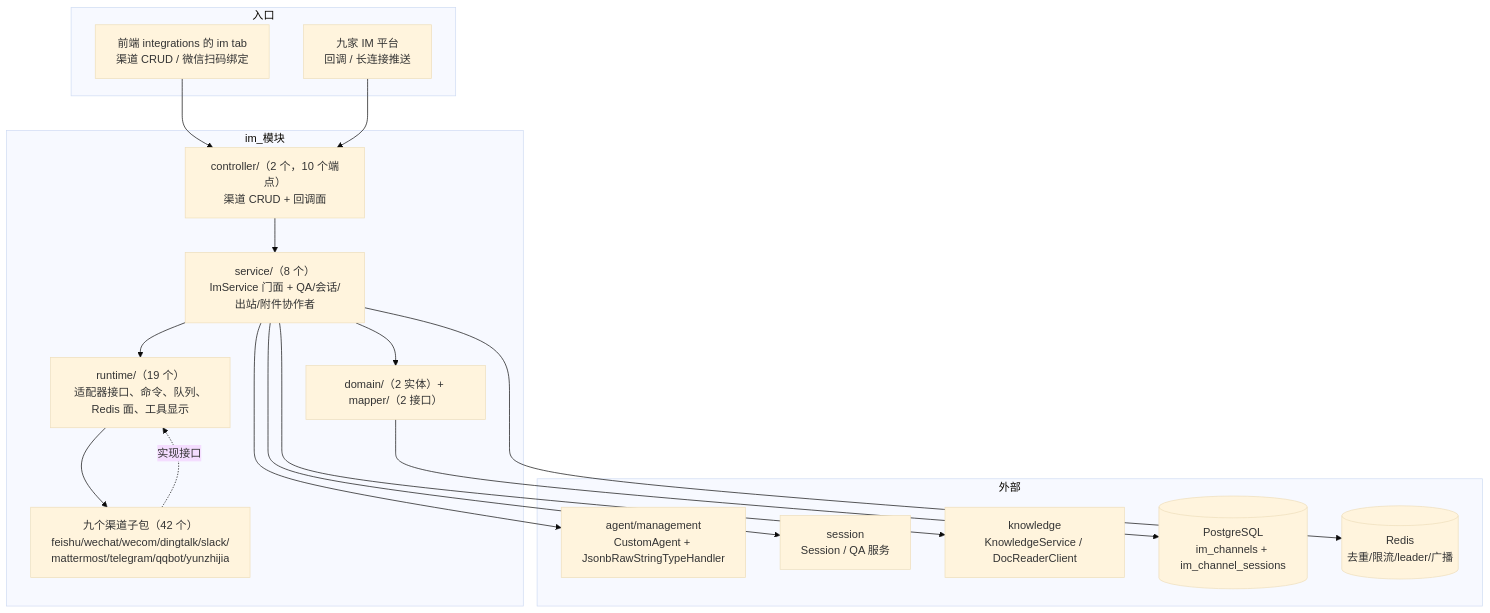
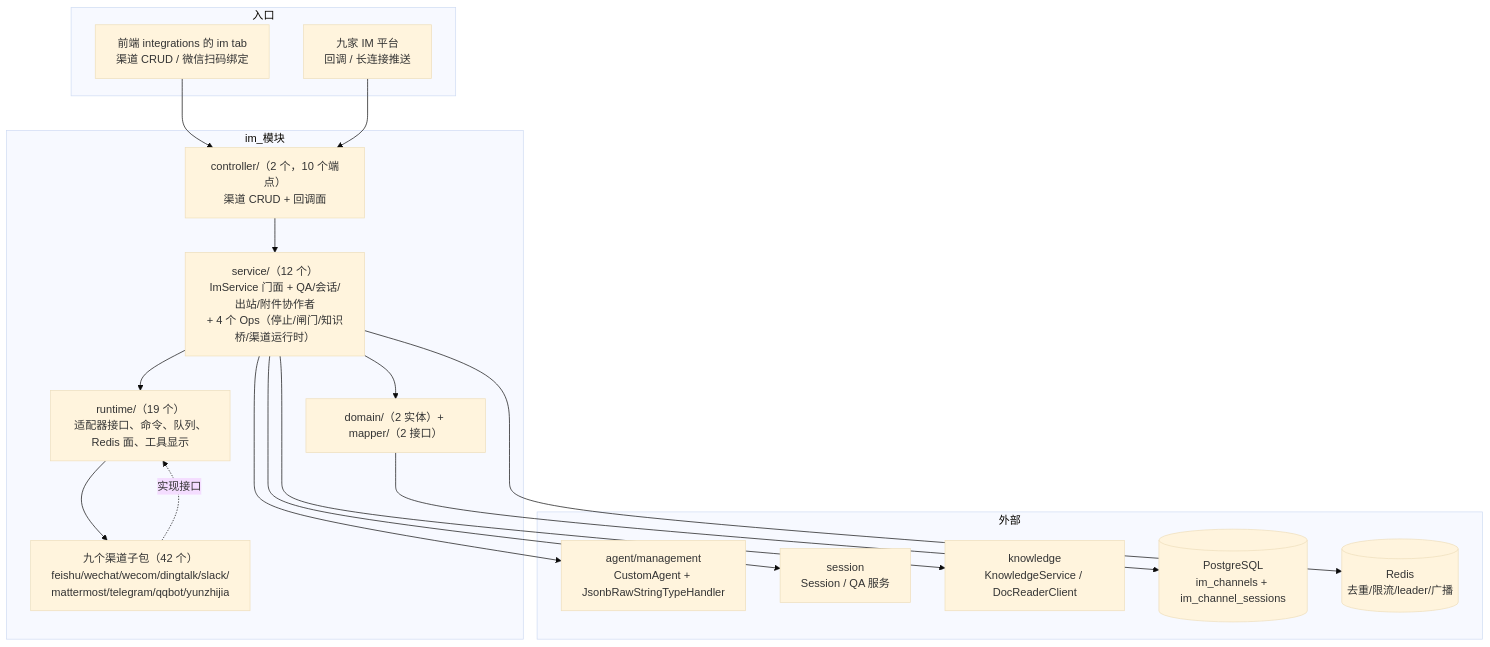
Before and after one commit to pmbilly/ragagent: the first of 6 diagrams in docs/im-module-guide.md, drawn with Mermaid (base theme). The commit also changed other lines of this file and 5 other files, not shown here.

````diff
--- a/docs/im-module-guide.md
+++ b/docs/im-module-guide.md
@@ -31,32 +31,32 @@
 ```mermaid
 graph TB
     subgraph 入口
         FE["前端 integrations 的 im tab<br/>渠道 CRUD / 微信扫码绑定"]
         IM["九家 IM 平台<br/>回调 / 长连接推送"]
     end
 
     subgraph im_模块
         CTRL["controller/（2 个，10 个端点）<br/>渠道 CRUD + 回调面"]
-        SVC["service/（8 个）<br/>ImService 门面 + QA/会话/出站/附件协作者"]
+        SVC["service/（12 个）<br/>ImService 门面 + QA/会话/出站/附件协作者<br/>+ 4 个 Ops（停止/闸门/知识桥/渠道运行时）"]
         RT["runtime/（19 个）<br/>适配器接口、命令、队列、Redis 面、工具显示"]
         CH9["九个渠道子包（42 个）<br/>feishu/wechat/wecom/dingtalk/slack/<br/>mattermost/telegram/qqbot/yunzhijia"]
         DOM["domain/（2 实体）+ mapper/（2 接口）"]
     end
 
     subgraph 外部
         AGENT["agent/management<br/>CustomAgent + JsonbRawStringTypeHandler"]
         SESS["session<br/>Session / QA 服务"]
         KB["knowledge<br/>KnowledgeService / DocReaderClient"]
         PG[("PostgreSQL<br/>im_channels + im_channel_sessions")]
         REDIS[("Redis<br/>去重/限流/leader/广播")]
     end
 
     FE --> CTRL --> SVC
     IM --> CTRL
     SVC --> RT
     SVC --> SESS & KB & AGENT
     RT --> CH9
     SVC --> DOM --> PG
     SVC --> REDIS
     CH9 -. 实现接口 .-> RT
 ```
````
